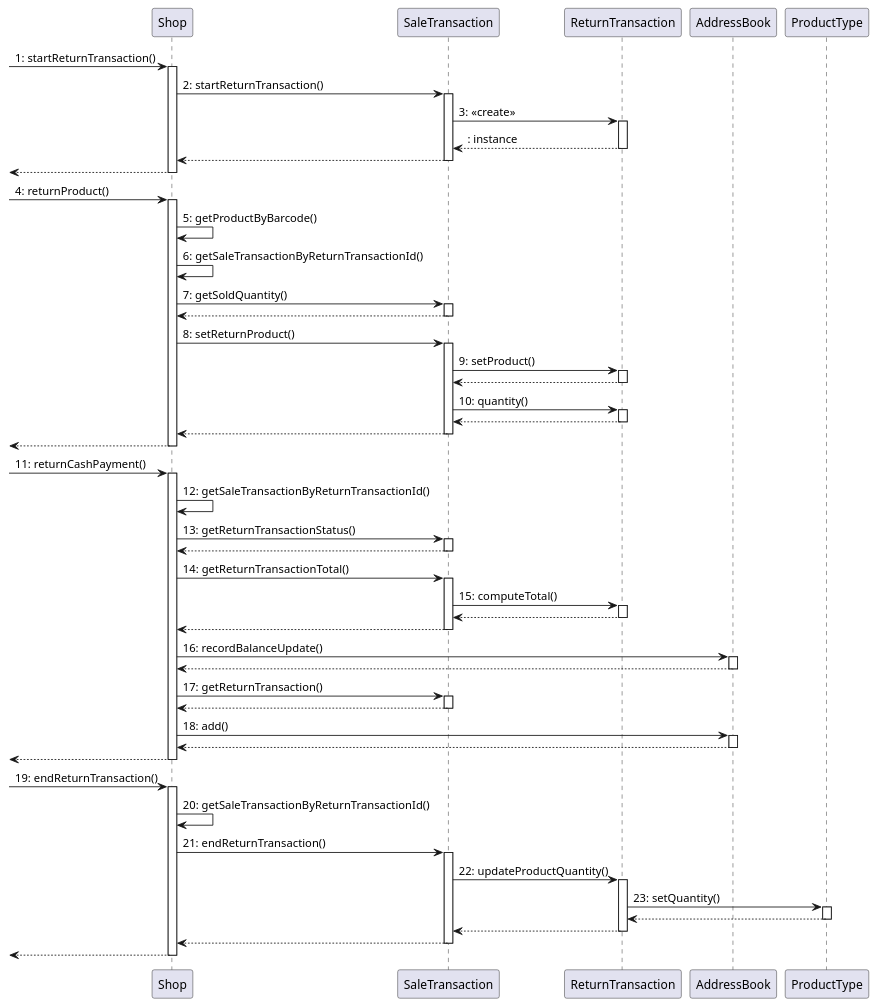
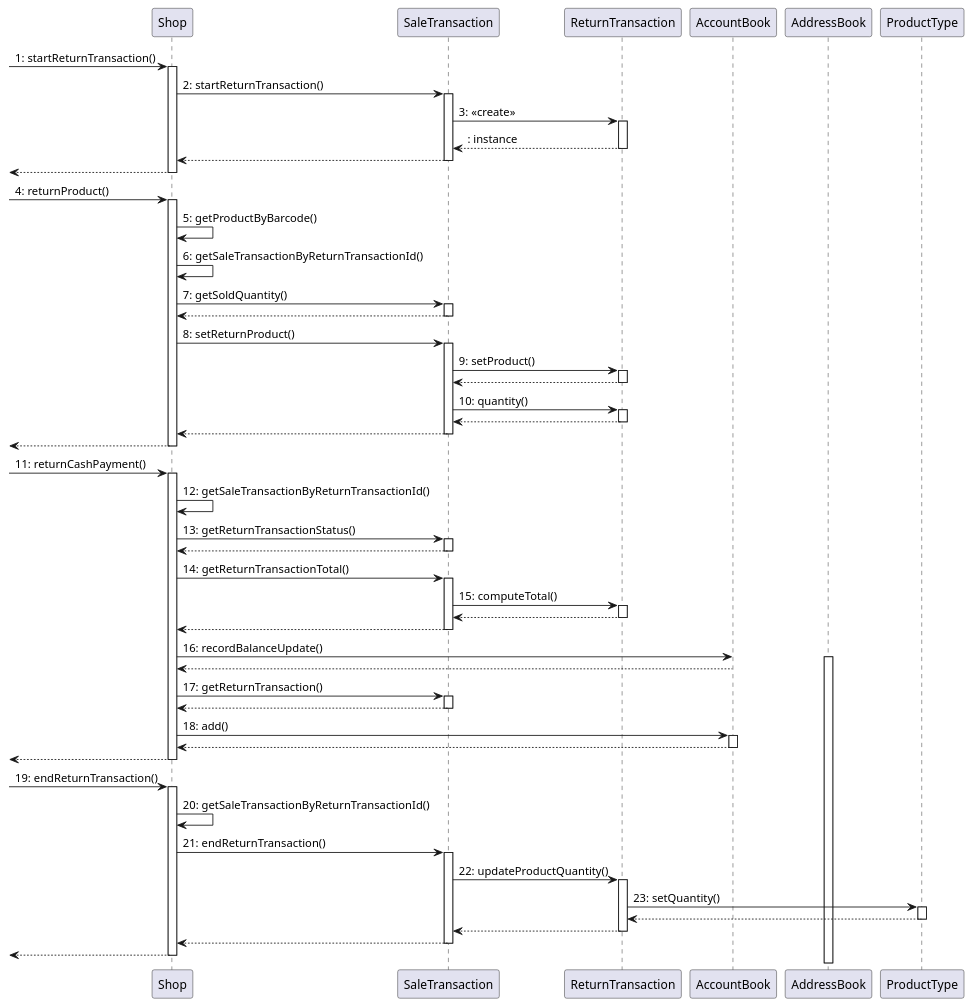
Before and after one commit to MatteoBattilana/EzShop: diagram 13 of 14 in Deliverables/DesignDocument.md, drawn with PlantUML. The commit also changed other lines of this file, not shown here.

````diff
--- a/Deliverables/DesignDocument.md
+++ b/Deliverables/DesignDocument.md
@@ -581,81 +581,81 @@
 ```plantuml
 @startuml
 ->Shop: 1: startReturnTransaction()
 activate Shop
   Shop -> SaleTransaction: 2: startReturnTransaction()
   activate SaleTransaction
     SaleTransaction -> ReturnTransaction: 3: <<create>>
     activate ReturnTransaction
     return : instance
   return
 return
 
 ->Shop: 4: returnProduct()
   activate Shop
     Shop -> Shop: 5: getProductByBarcode()
     Shop -> Shop: 6: getSaleTransactionByReturnTransactionId()
     Shop -> SaleTransaction: 7: getSoldQuantity()
     activate SaleTransaction
     return
 
 
     Shop -> SaleTransaction: 8: setReturnProduct()
     activate SaleTransaction
           SaleTransaction -> ReturnTransaction: 9: setProduct()
           activate ReturnTransaction
           return
           SaleTransaction -> ReturnTransaction: 10: quantity()
           activate ReturnTransaction
           return
     return
 return
 
 
 
 
 
 -> Shop: 11: returnCashPayment()
 activate Shop
     Shop -> Shop: 12: getSaleTransactionByReturnTransactionId()
 
     Shop -> SaleTransaction: 13: getReturnTransactionStatus()
     activate SaleTransaction
     return
 
   Shop -> SaleTransaction: 14: getReturnTransactionTotal()
     activate SaleTransaction
      SaleTransaction -> ReturnTransaction: 15: computeTotal()
       activate ReturnTransaction
       return
     return
 
-   Shop -> AddressBook: 16: recordBalanceUpdate()
+   Shop -> AccountBook: 16: recordBalanceUpdate()
    activate AddressBook
    return
    Shop -> SaleTransaction: 17: getReturnTransaction()
    activate SaleTransaction
    return
-   Shop -> AddressBook: 18: add()
-   activate AddressBook
+   Shop -> AccountBook: 18: add()
+   activate AccountBook
    return
 return
 -> Shop: 19: endReturnTransaction()
 activate Shop
     Shop -> Shop: 20: getSaleTransactionByReturnTransactionId()
           Shop -> SaleTransaction: 21: endReturnTransaction()
           activate SaleTransaction
 
                    SaleTransaction -> ReturnTransaction: 22: updateProductQuantity()
                    activate ReturnTransaction
                    ReturnTransaction -> ProductType: 23: setQuantity()
                    activate ProductType
                    return
 
 
                  return
 
           return
 return
 
 @enduml
 ```
````
